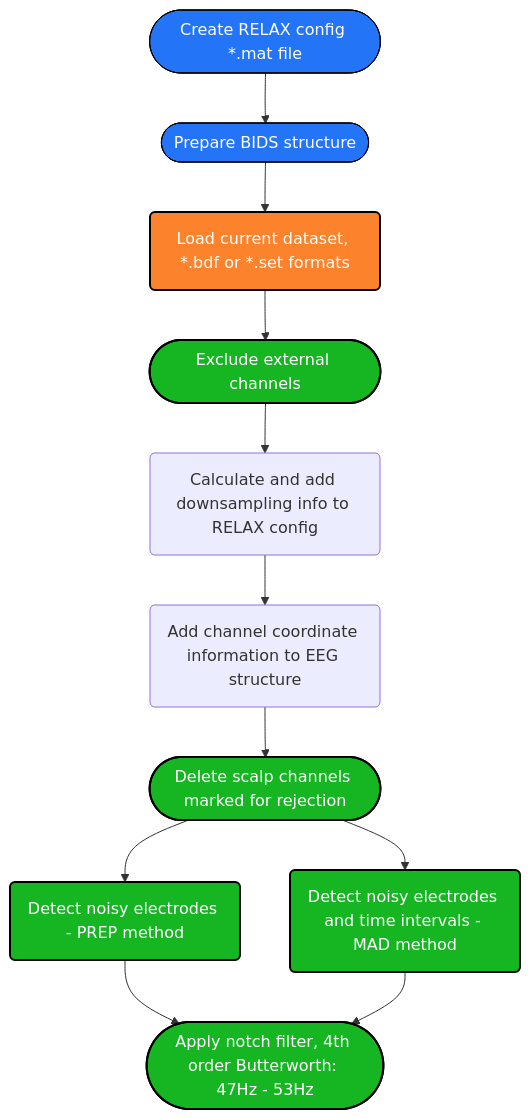
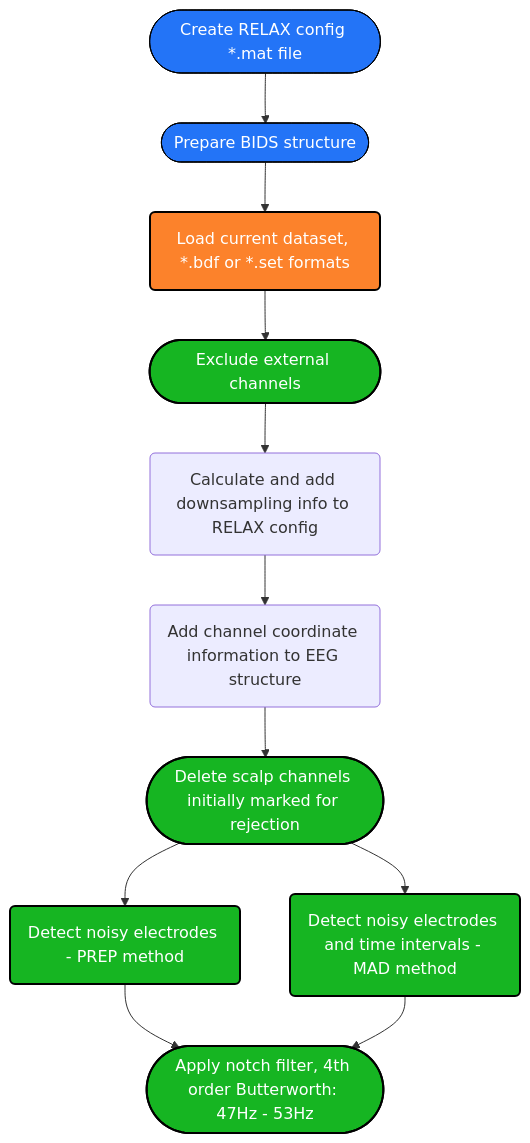
The diagram in Pipeline_Datafow_Chart.md (deebeebolger/Project_CeLaVie), drawn with Mermaid before and after one commit.

````diff
--- a/Pipeline_Datafow_Chart.md
+++ b/Pipeline_Datafow_Chart.md
@@ -1,34 +1,34 @@
 ```mermaid
 flowchart TD
 %% Colors %%
 
 classDef blue fill:#2374f7, stroke:#000, stroke-width: px, color:#fff
 classDef orange fill:#fc822b,stroke:#000,stroke-width:2px,color:#fff
 classDef green fill:#16b522,stroke:#000,stroke-width:2px,color:#fff
 classDef mintgreen fill:#4DAB9A,stroke:#000,stroke-width:2px,color:#fff
 classDef mandarine fill:#FFA344,stroke:#000,stroke-width:2px,color:#fff
 classDef aubergine fill:#9A6DD7,stroke:#000,stroke-width:2px,color:#fff
 classDef red fill:#D44C47,stroke:#000,stroke-width:2px,color:#fff
 classDef grey fill:#979A9B,stroke:#000,stroke-width:2px,color:#fff
 
 
 Config([Create RELAX config *.mat file]):::blue -->
 BIDS([Prepare BIDS structure]):::blue
 click Config "https://github.com/deebeebolger/Project_CeLaVie/blob/main/DataflowChart_pages/Create_RELAX_conf_file.md" "Link"
 click BIDS "https://github.com/deebeebolger/Project_CeLaVie/blob/main/DataflowChart_pages/BIDS_structure.md" "Link"
 BIDS --> Ld(Load current dataset, *.bdf or *.set formats):::orange
 --> EXRej([Exclude external channels]):::green
 click EXRej "https://github.com/deebeebolger/Project_CeLaVie/blob/main/DataflowChart_pages/Exclude_external_chans.md" _blank
 EXRej --> AddRS(Calculate and add downsampling info to RELAX config)
 click AddRS "https://github.com/deebeebolger/Project_CeLaVie/blob/main/DataflowChart_pages/Downsampling.md" "Link"
 AddRS --> AddChan(Add channel coordinate information to EEG structure)
 click AddChan "https://github.com/deebeebolger/Project_CeLaVie/blob/main/DataflowChart_pages/Add_Channels_coordinates.md" "Link"
-AddChan --> ScalpRej([Delete scalp channels marked for rejection]):::green
+AddChan --> ScalpRej([Delete scalp channels initially marked for rejection]):::green
 ScalpRej --> BadChanDetect(Detect noisy electrodes - PREP method):::green
 ScalpRej --> BadChanTimeDetect(Detect noisy electrodes and time intervals - MAD method):::green
 click BadChanDetect "https://github.com/deebeebolger/Project_CeLaVie/blob/main/DataflowChart_pages/BadChannelDetect_PREP.md" "Link"
 click BadChanTimeDetect "https://github.com/deebeebolger/Project_CeLaVie/blob/main/DataflowChart_pages/Bad_ChannelTime_Detect_MAD.md" "Link"
 BadChanDetect --> Notch([Apply notch filter, 4th order Butterworth: 47Hz - 53Hz]):::green
 BadChanTimeDetect --> Notch([Apply notch filter, 4th order Butterworth: 47Hz - 53Hz]):::green
 click Notch "https://github.com/deebeebolger/Project_CeLaVie/blob/main/DataflowChart_pages/Filtering.md" "Link"
 ```
````
